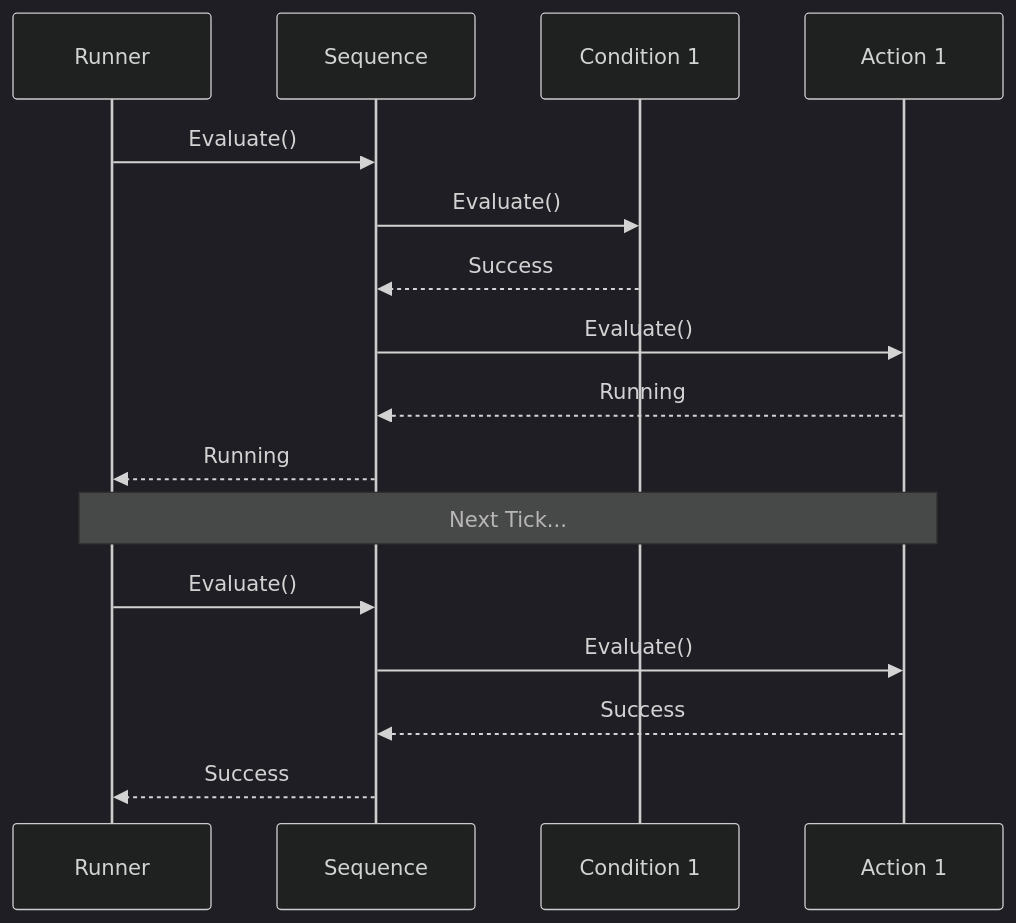
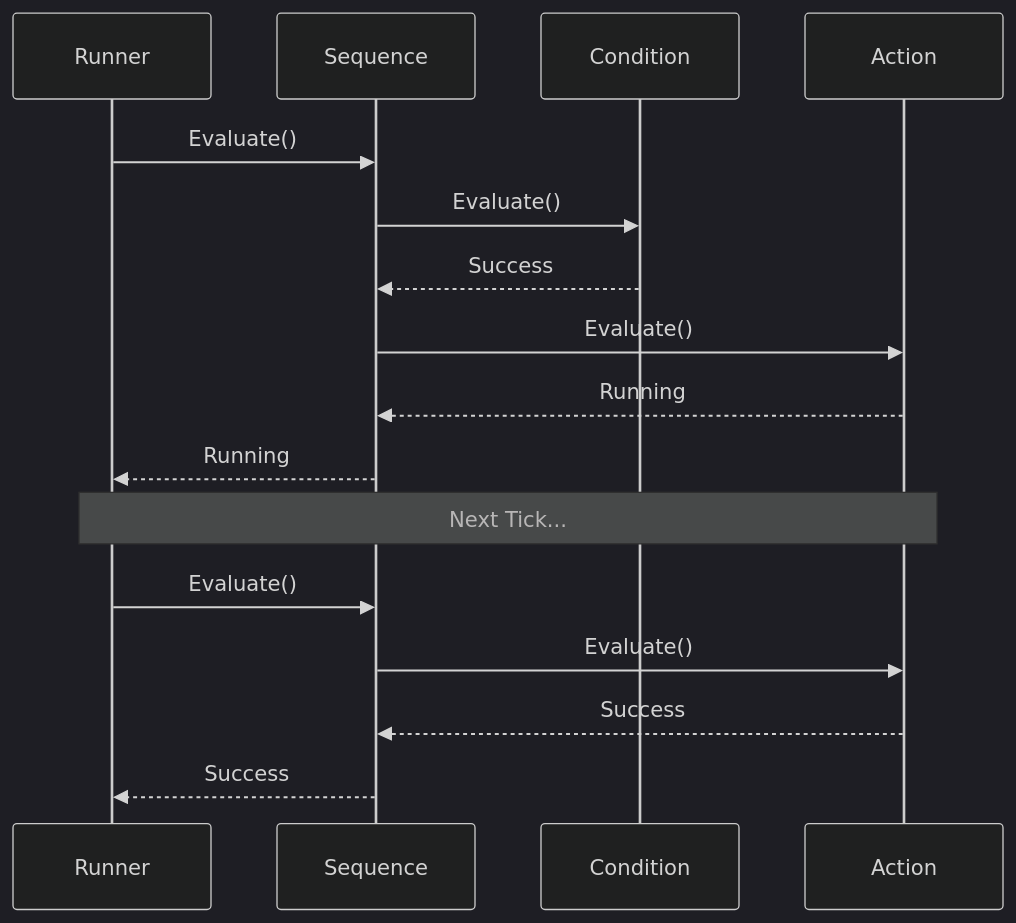
The first of 2 diagrams in Documentation~/Modules/BehaviourTree.md (eraflo/Catalyst), drawn with Mermaid (dark theme) before and after one commit. The commit also changed other lines of this file, not shown here.

````diff
--- a/Documentation~/Modules/BehaviourTree.md
+++ b/Documentation~/Modules/BehaviourTree.md
@@ -19,21 +93,21 @@
 ```mermaid
 sequenceDiagram
     participant R as Runner
     participant S as Sequence
-    participant C1 as Condition 1
-    participant A1 as Action 1
+    participant C1 as Condition
+    participant A1 as Action
 
     R->>S: Evaluate()
     S->>C1: Evaluate()
     C1-->>S: Success
     S->>A1: Evaluate()
     A1-->>S: Running
     S-->>R: Running
     
     Note over R,A1: Next Tick...
     
     R->>S: Evaluate()
     S->>A1: Evaluate()
     A1-->>S: Success
     S-->>R: Success
 ```
````
